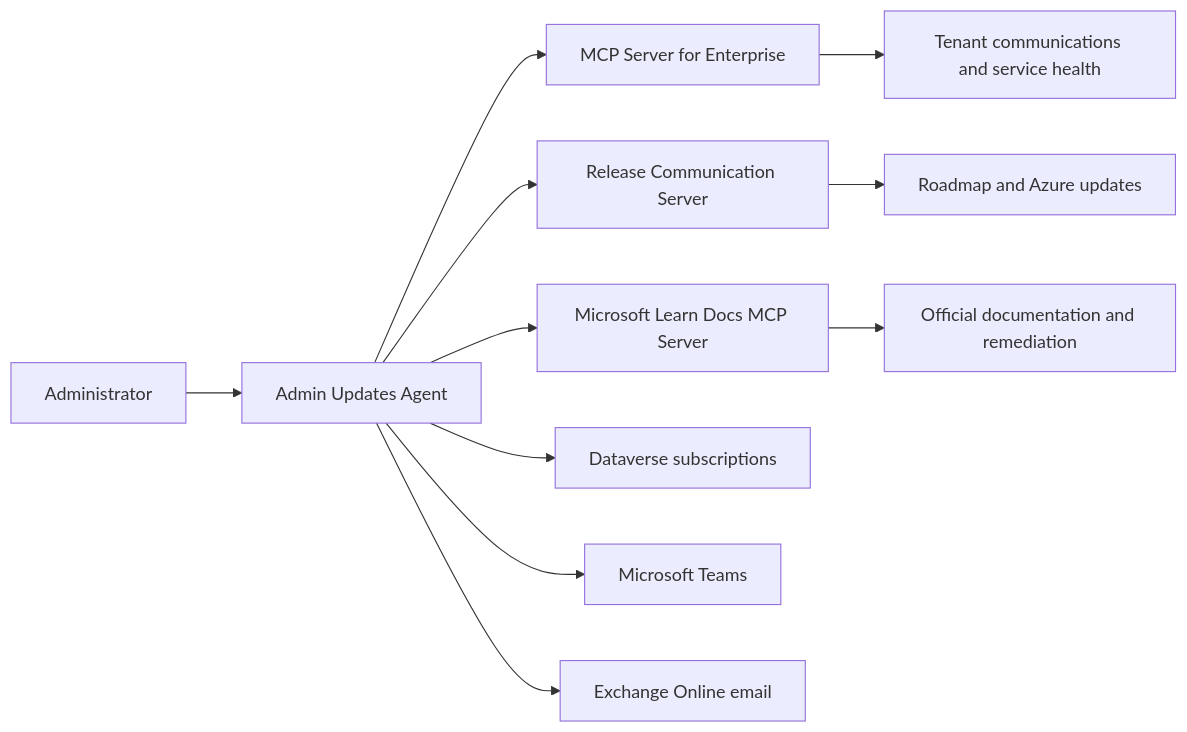
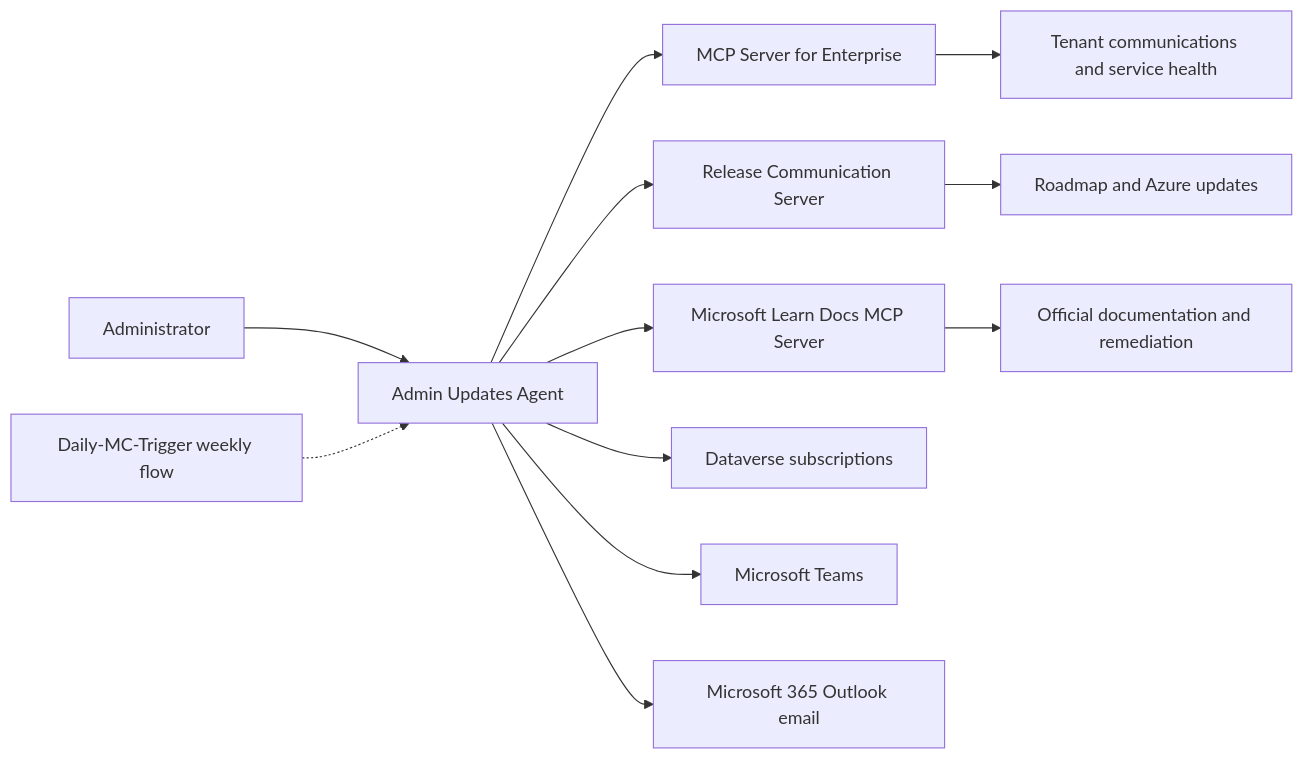
One commit to saurabhkoshta/Admin-Updates-Agents changed the diagram in README.md. Above: the diagram before and after it, drawn with Mermaid. The commit also changed other lines of this file and 13 other files, not shown here.

First line of the commit message:
Add architecture dashboard and fix digest data model and tool routing

````diff
--- a/README.md
+++ b/README.md
@@ -28,14 +32,15 @@
 ```mermaid
 flowchart LR
     User[Administrator] --> Agent[Admin Updates Agent]
+    Flow[Daily-MC-Trigger weekly flow] -.-> Agent
     Agent --> Enterprise[MCP Server for Enterprise]
     Agent --> Release[Release Communication Server]
     Agent --> Learn[Microsoft Learn Docs MCP Server]
     Agent --> Dataverse[Dataverse subscriptions]
     Agent --> Teams[Microsoft Teams]
-    Agent --> Email[Exchange Online email]
+    Agent --> Email[Microsoft 365 Outlook email]
 
     Enterprise --> Tenant[Tenant communications and service health]
     Release --> Public[Roadmap and Azure updates]
     Learn --> Docs[Official documentation and remediation]
 ```
````
